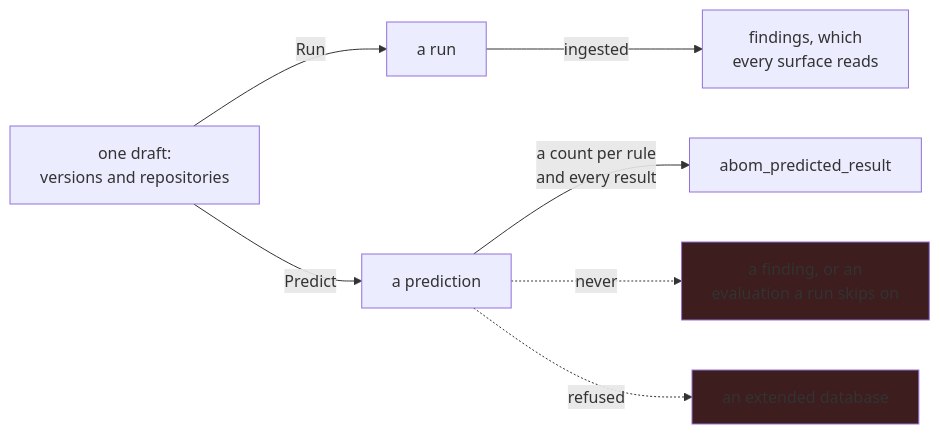
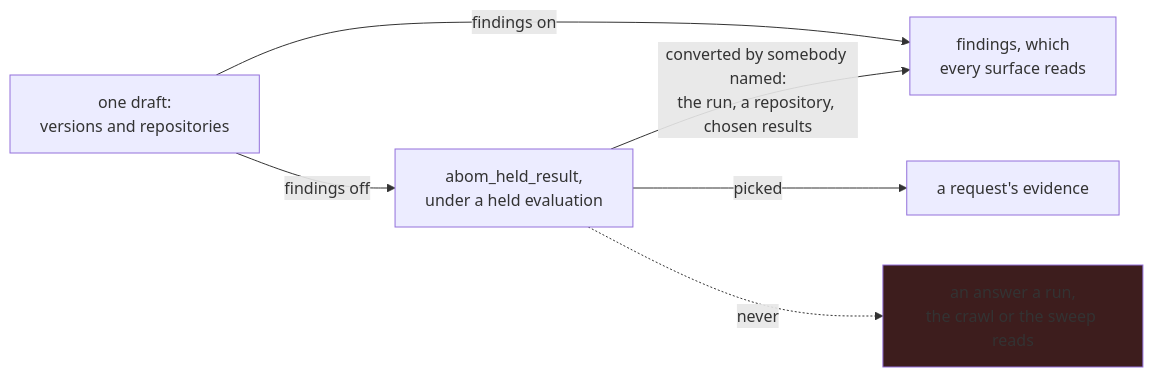
One commit to advanced-security/codeql-abom changed the seventh of 10 diagrams in docs/architecture.md. Above: the diagram before and after it, drawn with Mermaid. The commit also changed other lines of this file and 167 other files, not shown here.

````diff
--- a/docs/architecture.md
+++ b/docs/architecture.md
@@ -475,11 +571,9 @@
 ```mermaid
 flowchart LR
-    DRAFT["one draft:<br/>versions and repositories"] -->|"Run"| RUN["a run"]
-    DRAFT -->|"Predict"| PRED["a prediction"]
-    RUN -->|"ingested"| FIND["findings, which<br/>every surface reads"]
-    PRED -->|"a count per rule<br/>and every result"| HELD["abom_predicted_result"]
-    PRED -. "never" .-> NOTFIND["a finding, or an<br/>evaluation a run skips on"]
-    PRED -. "refused" .-> EXT["an extended database"]
-    style NOTFIND fill:#3d1d1d
-    style EXT fill:#3d1d1d
+    DRAFT["one draft:<br/>versions and repositories"] -->|"findings on"| FIND["findings, which<br/>every surface reads"]
+    DRAFT -->|"findings off"| HELD["abom_held_result,<br/>under a held evaluation"]
+    HELD -->|"converted by somebody named:<br/>the run, a repository, chosen results"| FIND
+    HELD -->|"picked"| EVIDENCE["a request's evidence"]
+    HELD -. "never" .-> SKIP["an answer a run,<br/>the crawl or the sweep reads"]
+    style SKIP fill:#3d1d1d
 ```
````
